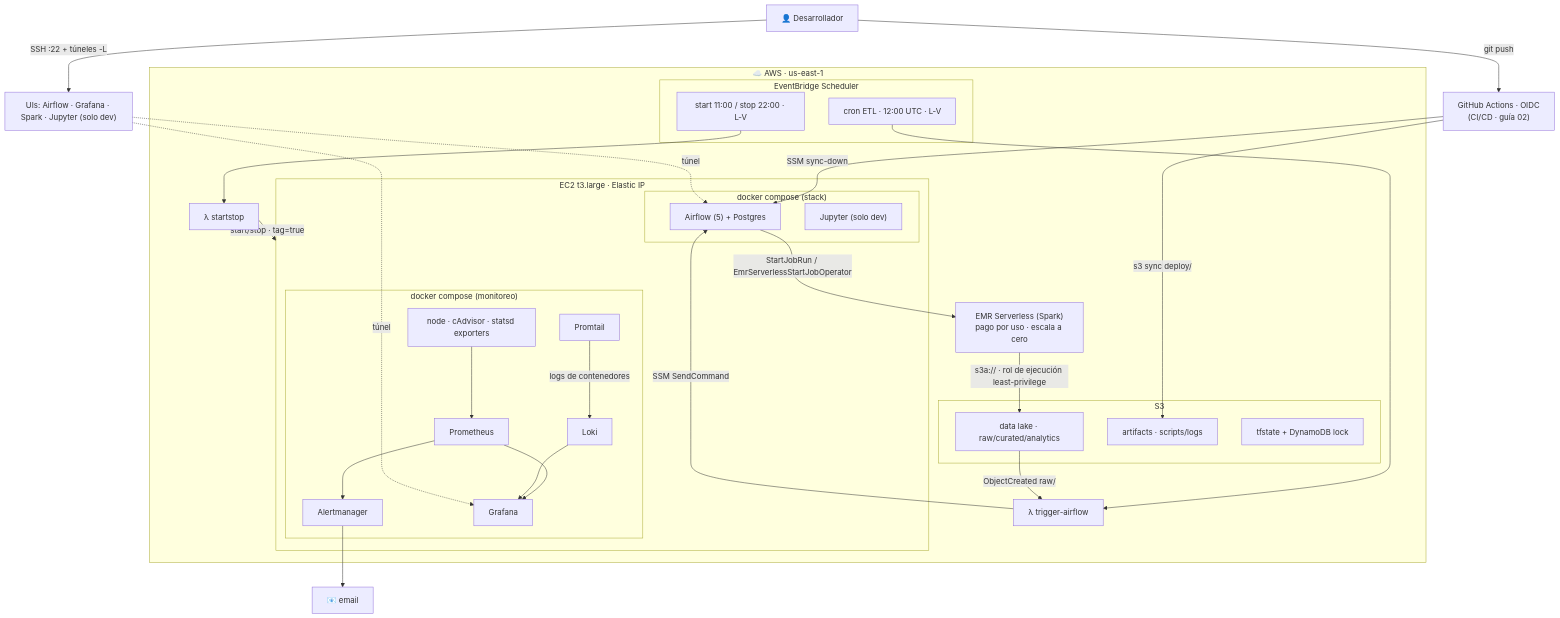
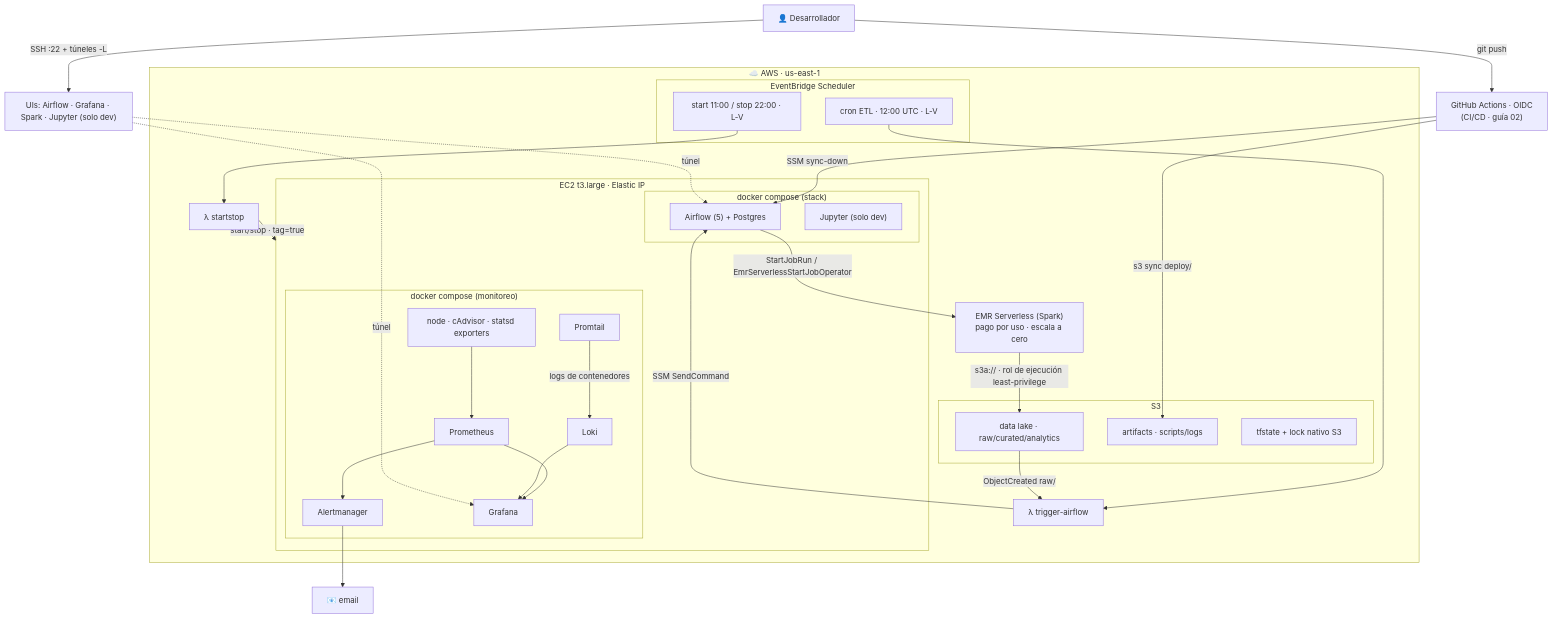
One commit to abantodca/pyspark_stack changed the diagram in docs/03-arquitectura.md. Above: the diagram before and after it, drawn with Mermaid. The commit also changed other lines of this file and 22 other files, not shown here.

````diff
--- a/docs/03-arquitectura.md
+++ b/docs/03-arquitectura.md
@@ -73,58 +73,58 @@
 ```mermaid
 flowchart TD
     dev["👤 Desarrollador"] -->|"SSH :22 + túneles -L"| ui["UIs: Airflow · Grafana · Spark · Jupyter (solo dev)"]
 
     subgraph AWS["☁️ AWS · us-east-1"]
         subgraph EB["EventBridge Scheduler"]
             cronETL["cron ETL · 12:00 UTC · L-V"]
             cronSS["start 11:00 / stop 22:00 · L-V"]
         end
         lTrig["λ trigger-airflow"]
         lSS["λ startstop"]
 
         subgraph EC2["EC2 t3.large · Elastic IP"]
             subgraph stack["docker compose (stack)"]
                 af["Airflow (5) + Postgres"]
                 jup["Jupyter (solo dev)"]
             end
             subgraph mon["docker compose (monitoreo)"]
                 exp["node · cAdvisor · statsd exporters"]
                 prom["Prometheus"]
                 am["Alertmanager"]
                 promtail["Promtail"]
                 loki["Loki"]
                 graf["Grafana"]
             end
         end
 
         emrs["EMR Serverless (Spark)<br/>pago por uso · escala a cero"]
 
         subgraph S3["S3"]
             dl["data lake · raw/curated/analytics"]
             art["artifacts · scripts/logs"]
-            tf["tfstate + DynamoDB lock"]
+            tf["tfstate + lock nativo S3"]
         end
     end
 
     mail["📧 email"]
     gha["GitHub Actions · OIDC<br/>(CI/CD · guía 02)"]
 
     dev -->|"git push"| gha
     gha -->|"s3 sync deploy/"| art
     gha -->|"SSM sync-down"| af
     cronETL --> lTrig
     cronSS --> lSS
     dl -->|"ObjectCreated raw/"| lTrig
     lTrig -->|"SSM SendCommand"| af
     lSS -->|"start/stop · tag=true"| EC2
     af -->|"StartJobRun / EmrServerlessStartJobOperator"| emrs
     emrs -->|"s3a:// · rol de ejecución least-privilege"| dl
     exp --> prom
     prom --> am
     am --> mail
     prom --> graf
     promtail -->|"logs de contenedores"| loki
     loki --> graf
     ui -.->|túnel| graf
     ui -.->|túnel| af
 ```
````
